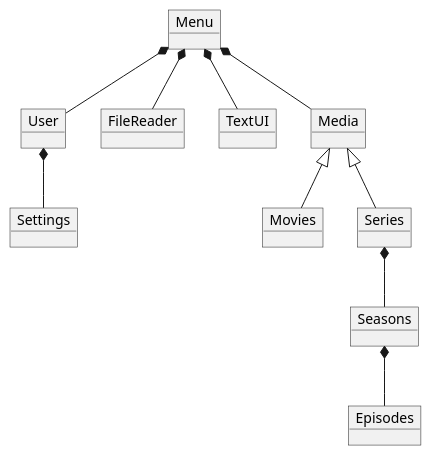
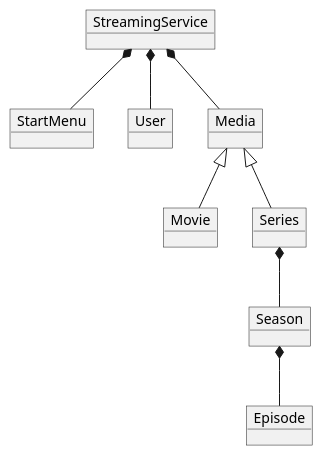
One commit to SP3-team-a-e2024/SP3 changed the diagram in doc/domainModel.puml. Above: the diagram before and after it, drawn with PlantUML. The commit also changed 1 other file, not shown here.

```diff
--- a/doc/domainModel.puml
+++ b/doc/domainModel.puml
@@ -1,28 +1,23 @@
 @startuml
 
+object StreamingService
+object StartMenu
 object User
-object FileReader
-object TextUI
-object Menu
 object Media
-object Movies
+object Movie
 object Series
-object Seasons
-object Episodes
-object Settings
+object Season
+object Episode
 
-Menu *-- Media
-Menu *-- User
-Menu *-- TextUI
-Menu *-- FileReader
+StreamingService *-- Media
+StreamingService *-- User
+StreamingService *-- StartMenu
 
-Media <|-- Movies
 Media <|-- Series
+Media <|-- Movie
 
-Series *-- Seasons
+Series *-- Season
 
-Seasons *-- Episodes
-
-User *-- Settings
+Season *-- Episode
 
 @enduml
```
